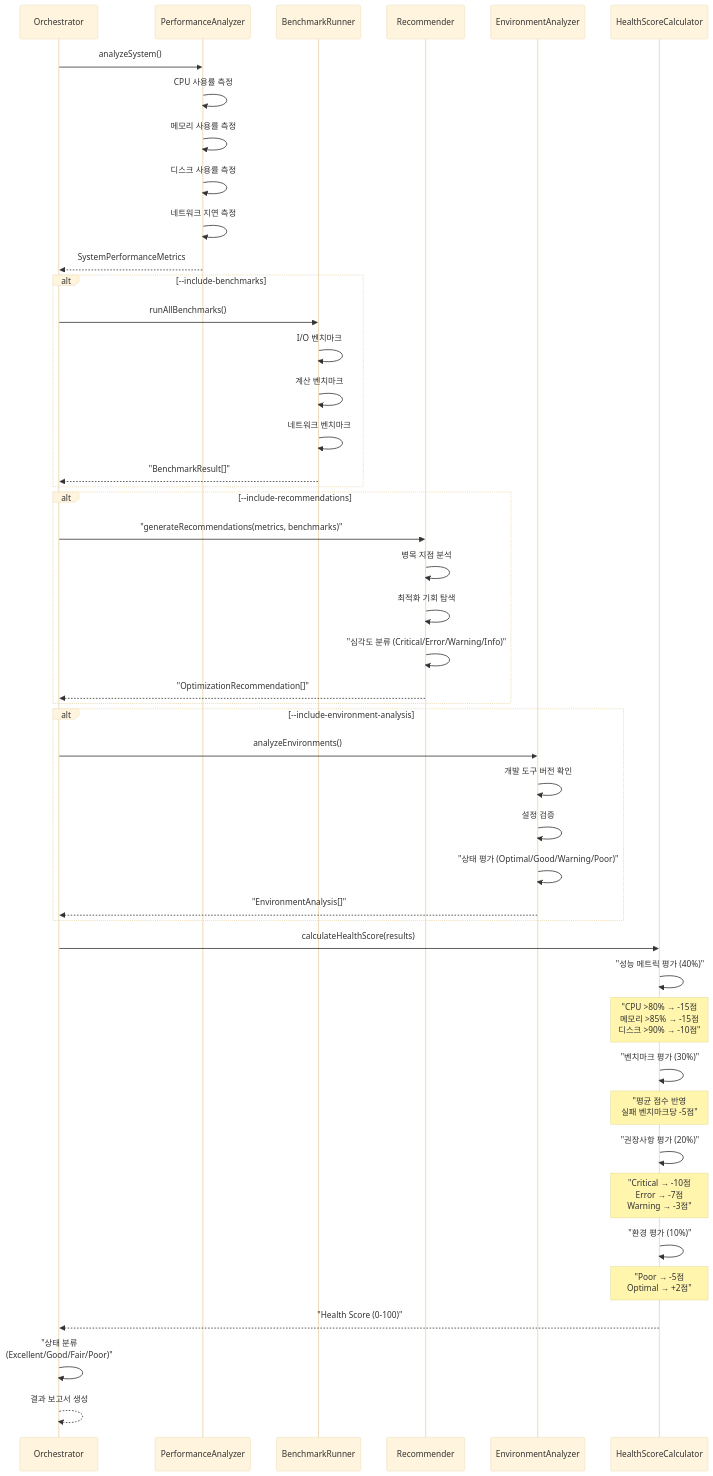
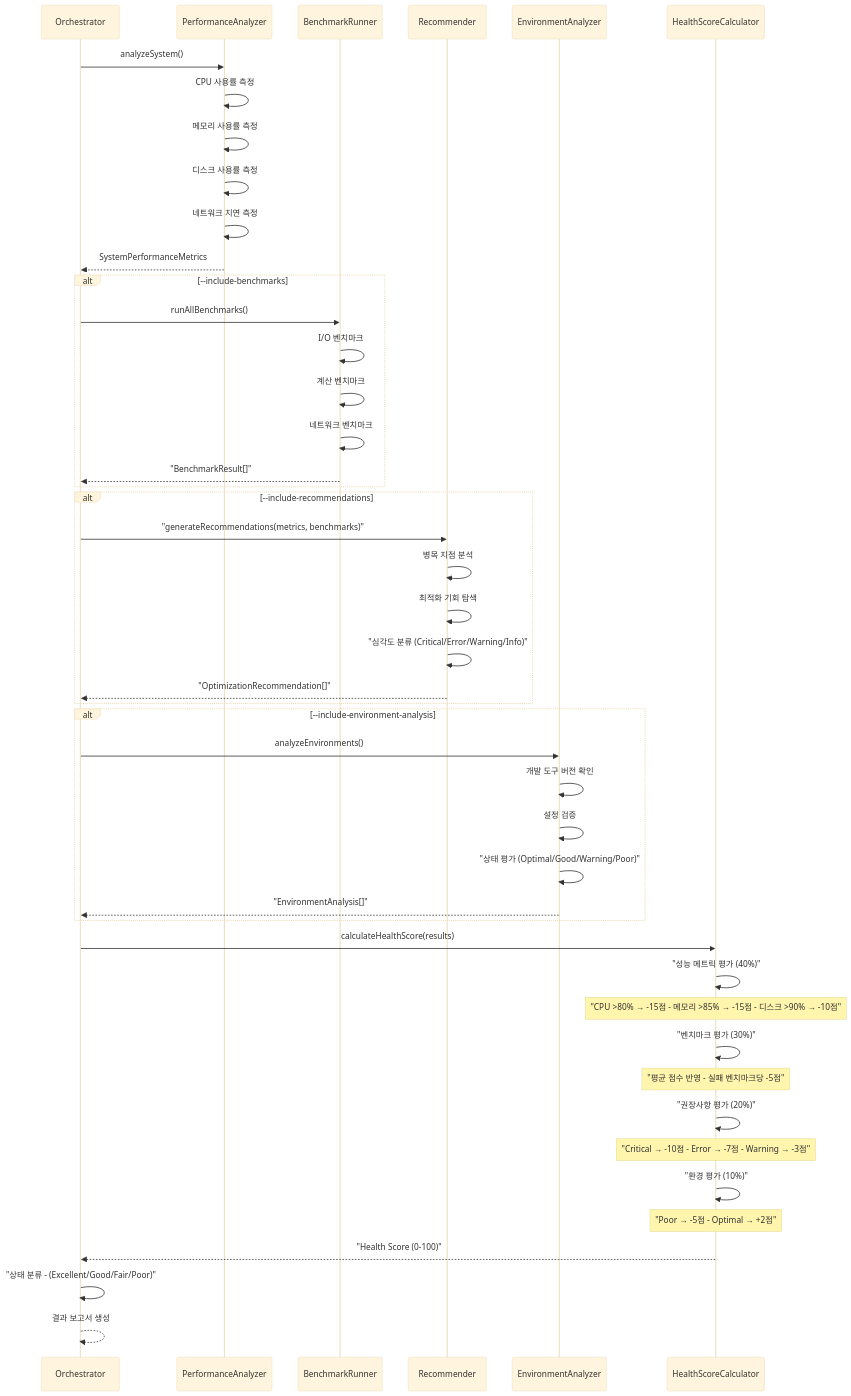
Before and after one commit to modu-ai/moai-adk: the third of 3 diagrams in docs/advanced/doctor-advanced.md, drawn with Mermaid (base theme). The commit also changed other lines of this file and 447 other files, not shown here.

````diff
--- a/docs/advanced/doctor-advanced.md
+++ b/docs/advanced/doctor-advanced.md
@@ -98,54 +98,54 @@
 ```mermaid
 sequenceDiagram
     participant ORC as Orchestrator
     participant SPA as PerformanceAnalyzer
     participant BR as BenchmarkRunner
     participant OR as Recommender
     participant EA as EnvironmentAnalyzer
     participant HSC as HealthScoreCalculator
 
     ORC->>SPA: analyzeSystem()
     SPA->>SPA: CPU 사용률 측정
     SPA->>SPA: 메모리 사용률 측정
     SPA->>SPA: 디스크 사용률 측정
     SPA->>SPA: 네트워크 지연 측정
     SPA-->>ORC: SystemPerformanceMetrics
 
     alt --include-benchmarks
         ORC->>BR: runAllBenchmarks()
         BR->>BR: I/O 벤치마크
         BR->>BR: 계산 벤치마크
         BR->>BR: 네트워크 벤치마크
         BR-->>ORC: "BenchmarkResult[]"
     end
 
     alt --include-recommendations
         ORC->>OR: "generateRecommendations(metrics, benchmarks)"
         OR->>OR: 병목 지점 분석
         OR->>OR: 최적화 기회 탐색
         OR->>OR: "심각도 분류 (Critical/Error/Warning/Info)"
         OR-->>ORC: "OptimizationRecommendation[]"
     end
 
     alt --include-environment-analysis
         ORC->>EA: analyzeEnvironments()
         EA->>EA: 개발 도구 버전 확인
         EA->>EA: 설정 검증
         EA->>EA: "상태 평가 (Optimal/Good/Warning/Poor)"
         EA-->>ORC: "EnvironmentAnalysis[]"
     end
 
     ORC->>HSC: calculateHealthScore(results)
     HSC->>HSC: "성능 메트릭 평가 (40%)"
-    Note over HSC: "CPU >80% → -15점<br/>메모리 >85% → -15점<br/>디스크 >90% → -10점"
+    Note over HSC: "CPU >80% → -15점 - 메모리 >85% → -15점 - 디스크 >90% → -10점"
     HSC->>HSC: "벤치마크 평가 (30%)"
-    Note over HSC: "평균 점수 반영<br/>실패 벤치마크당 -5점"
+    Note over HSC: "평균 점수 반영 - 실패 벤치마크당 -5점"
     HSC->>HSC: "권장사항 평가 (20%)"
-    Note over HSC: "Critical → -10점<br/>Error → -7점<br/>Warning → -3점"
+    Note over HSC: "Critical → -10점 - Error → -7점 - Warning → -3점"
     HSC->>HSC: "환경 평가 (10%)"
-    Note over HSC: "Poor → -5점<br/>Optimal → +2점"
+    Note over HSC: "Poor → -5점 - Optimal → +2점"
     HSC-->>ORC: "Health Score (0-100)"
 
-    ORC->>ORC: "상태 분류<br/>(Excellent/Good/Fair/Poor)"
+    ORC->>ORC: "상태 분류 - (Excellent/Good/Fair/Poor)"
     ORC-->>ORC: 결과 보고서 생성
 ```
````
